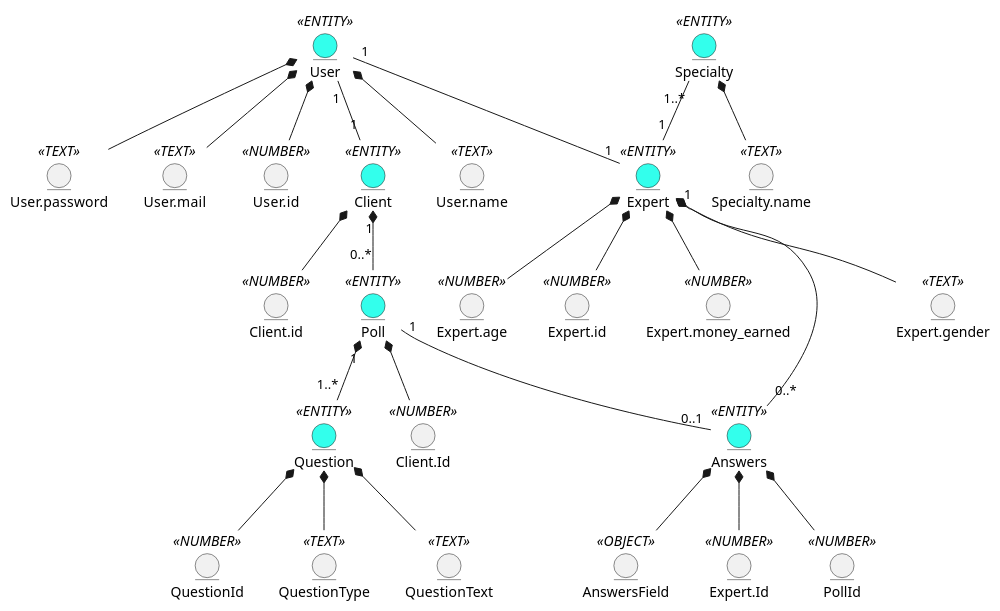
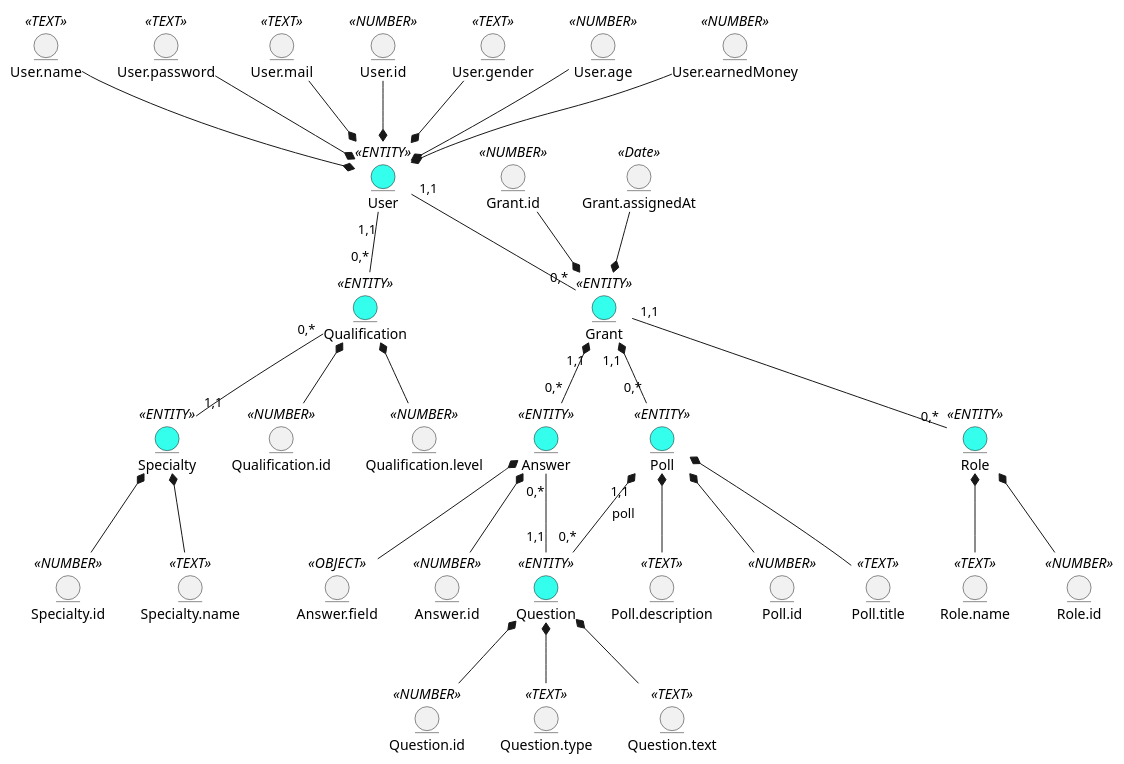
The first of 2 diagrams in docs/design/README.md (kujo205/db_labs), drawn with PlantUML before and after one commit. The commit also changed other lines of this file, not shown here.

Commit message:
made er-model(#43) (#44)
* fixed endings in some words

* added business model object development diagram (#39)

* fixed business model object development diagram (#39)

* small changes for business model object development diagram (#39)

* made er-model(#43)

* made required changes(#44)

* made required changes(#43)

---------

```diff
--- a/docs/design/README.md
+++ b/docs/design/README.md
@@ -7,65 +7,86 @@
 @startuml
-entity User <<ENTITY>> #33FFEC
-entity User.name <<TEXT>>
-entity User.password <<TEXT>>
-entity User.mail <<TEXT>>
-entity User.id <<NUMBER>>
 
-entity Expert <<ENTITY>> #33FFEC
-entity Expert.gender <<TEXT>>
-entity Expert.age <<NUMBER>>
-entity Expert.id <<NUMBER>>
-entity Expert.money_earned <<NUMBER>>
+  entity User <<ENTITY>> #33FFEC
+  entity User.name <<TEXT>>
+  entity User.password <<TEXT>>
+  entity User.mail <<TEXT>>
+  entity User.id <<NUMBER>>
+  entity User.gender <<TEXT>>
+  entity User.age <<NUMBER>>
+  entity User.earnedMoney <<NUMBER>>
 
-entity Specialty <<ENTITY>> #33FFEC
-entity Specialty.name <<TEXT>> 
+  entity Qualification <<ENTITY>> #33FFEC
+  entity Qualification.id <<NUMBER>>
+  entity Qualification.level <<NUMBER>>
 
-entity Client <<ENTITY>> #33FFEC
-entity Client.id <<NUMBER>>
+  entity Specialty <<ENTITY>> #33FFEC
+  entity Specialty.id <<NUMBER>>
+  entity Specialty.name <<TEXT>>
 
-entity Answers <<ENTITY>> #33FFEC
-entity AnswersField <<OBJECT>>
-entity Expert.Id <<NUMBER>>
+  entity Grant <<ENTITY>> #33FFEC
+  entity Grant.id <<NUMBER>>
+  entity Grant.assignedAt <<Date>>
 
-entity Question <<ENTITY>> #33FFEC
-entity QuestionId <<NUMBER>>
-entity QuestionType <<TEXT>>
-entity QuestionText <<TEXT>>
+  entity Role <<ENTITY>> #33FFEC
+  entity Role.id <<NUMBER>>
+  entity Role.name <<TEXT>>
 
-entity Poll <<ENTITY>> #33FFEC
-entity PollId <<NUMBER>>
-entity Client.Id <<NUMBER>>
+  entity Poll <<ENTITY>> #33FFEC
+  entity Poll.id <<NUMBER>>
+  entity Poll.title <<TEXT>>
+  entity Poll.description <<TEXT>>
 
-User "1" -- "1" Client
-User "1" -- "1" Expert
+  entity Question <<ENTITY>> #33FFEC
+  entity Question.id <<NUMBER>>
+  entity Question.type <<TEXT>>
+  entity Question.text <<TEXT>>
 
-Poll "0..*" -u-* "1" Client
-Poll "1" -- "0..1" Answers
-Client.Id -u-* Poll
+  entity Answer <<ENTITY>> #33FFEC
+  entity Answer.id <<NUMBER>>
+  entity Answer.field <<OBJECT>>
 
-Question "1..*" -u-* "1" Poll
-QuestionId -u-* Question
-QuestionType -u-* Question 
-QuestionText -u-* Question 
+  User.name -d-* User 
+  User.password -d-* User
+  User.mail -d-* User
+  User.id -d-* User
+  User.age -d-* User
+  User.gender -d-* User
+  User.earnedMoney -d-* User
 
-Specialty.name -u-* Specialty
+  User "1,1" -- "0,*" Grant
+  User "1,1" -- "0,*" Qualification
 
-Expert.age -u-* Expert
-Expert.id -u-* Expert
-Expert.gender -u-* Expert
-Expert.money_earned -u-* Expert
-Specialty "1..*" -- "1" Expert
+  Grant.id --* Grant
+  Grant.assignedAt --* Grant 
 
-PollId -u-* Answers
-AnswersField -u-* Answers
-Expert.Id -u-* Answers
-Answers "0..*" -u-* "1" Expert
+  Grant "1,1" -- "0,*" Role
 
-Client.id -u-* Client
+  Qualification.id -u-* Qualification
+  Qualification.level -u-* Qualification
 
-User.name -u-* User 
-User.password -u-* User
-User.mail -u-* User
-User.id -u-* User
+  Qualification "0,*" -- "1,1" Specialty
+
+  Specialty.id -u-* Specialty
+  Specialty.name -u-* Specialty
+
+  Role.id -u-* Role
+  Role.name -u-* Role
+
+  Poll "0,*" -u-* "1,1" Grant
+  Poll.id -u-* Poll
+  Poll.title -u-* Poll
+  Poll.description -u-* Poll
+
+  Question "0,*" -u-* "1,1" Poll:poll
+  Question.id -u-* Question
+  Question.type -u-* Question 
+  Question.text -u-* Question
+
+  Question "1,1" -u- "0,*" Answer
+
+  Answer.id -u-* Answer
+  Answer.field -u-* Answer
+
+  Answer "0,*" -u-* "1,1" Grant
 
 @enduml
```
